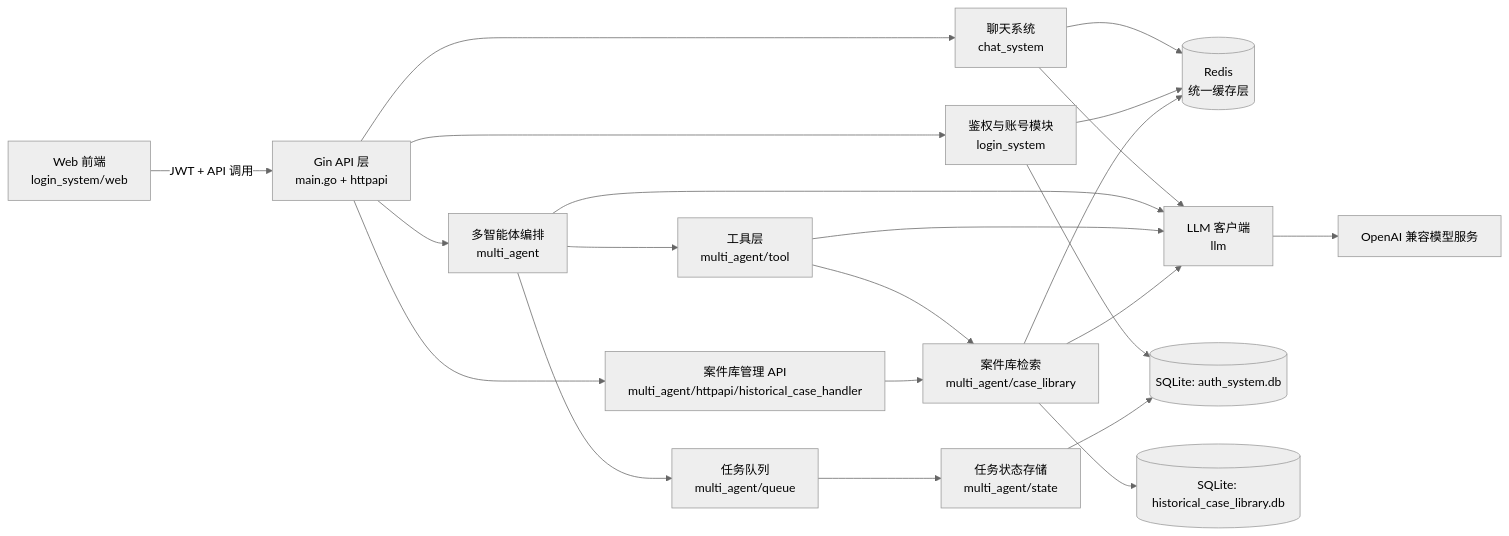
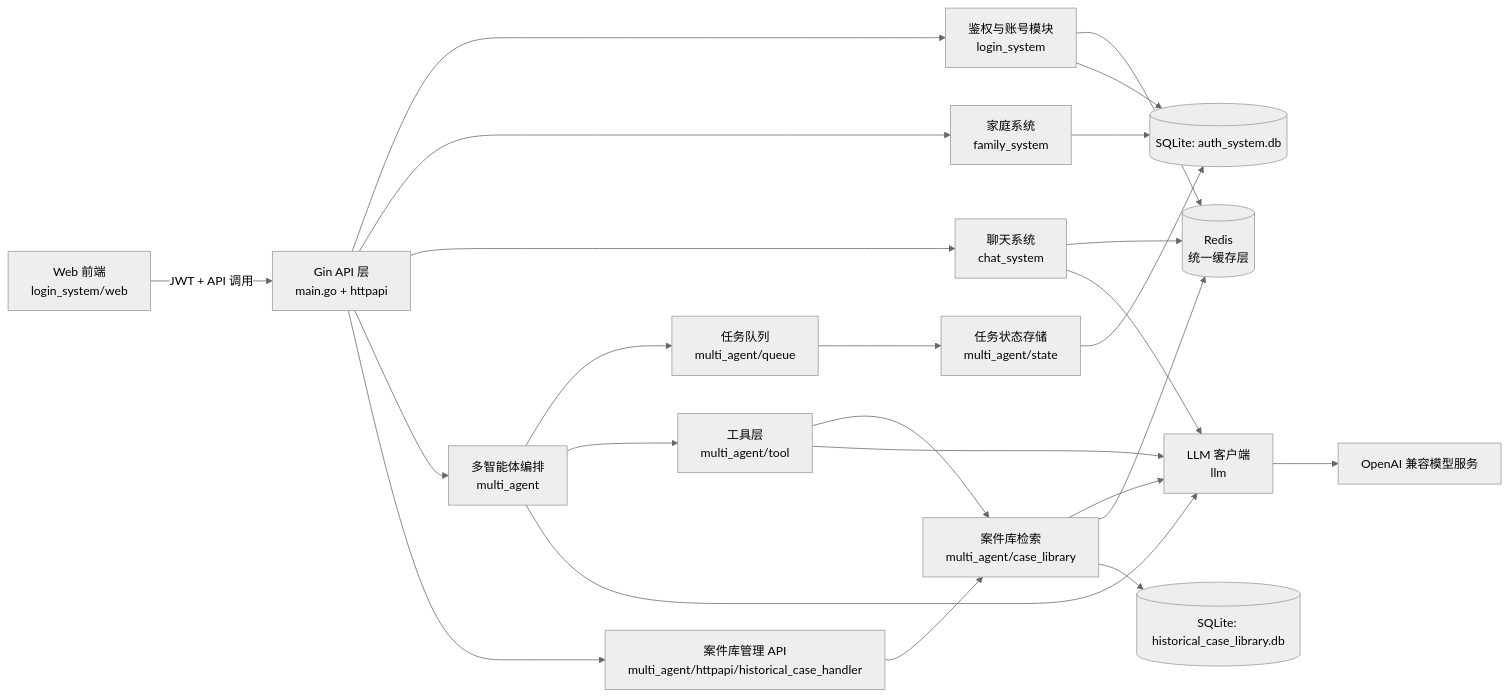
The first of 2 diagrams in README.md (Yyzfddsdf/AntiFraud-AI-Assistant), drawn with Mermaid (neutral theme) before and after one commit. The commit also changed other lines of this file and 17 other files, not shown here.

````diff
--- a/README.md
+++ b/README.md
@@ -99,28 +107,30 @@
 ```mermaid
 flowchart LR
     U[Web 前端<br/>login_system/web] -->|JWT + API 调用| G[Gin API 层<br/>main.go + httpapi]
     G --> A[鉴权与账号模块<br/>login_system]
+    G --> F[家庭系统<br/>family_system]
     G --> C[聊天系统<br/>chat_system]
     G --> M[多智能体编排<br/>multi_agent]
     G --> L[案件库管理 API<br/>multi_agent/httpapi/historical_case_handler]
 
     C --> R[(Redis<br/>统一缓存层)]
     A --> R
     C --> O[LLM 客户端<br/>llm]
 
     M --> Q[任务队列<br/>multi_agent/queue]
     Q --> S[任务状态存储<br/>multi_agent/state]
     M --> T[工具层<br/>multi_agent/tool]
     T --> CL[案件库检索<br/>multi_agent/case_library]
     M --> O
     T --> O
     CL --> O
     CL --> R
 
     A --> DB1[(SQLite: auth_system.db)]
+    F --> DB1
     S --> DB1
     CL --> DB2[(SQLite: historical_case_library.db)]
     L --> CL
 
     O --> X[OpenAI 兼容模型服务]
 ```
````
